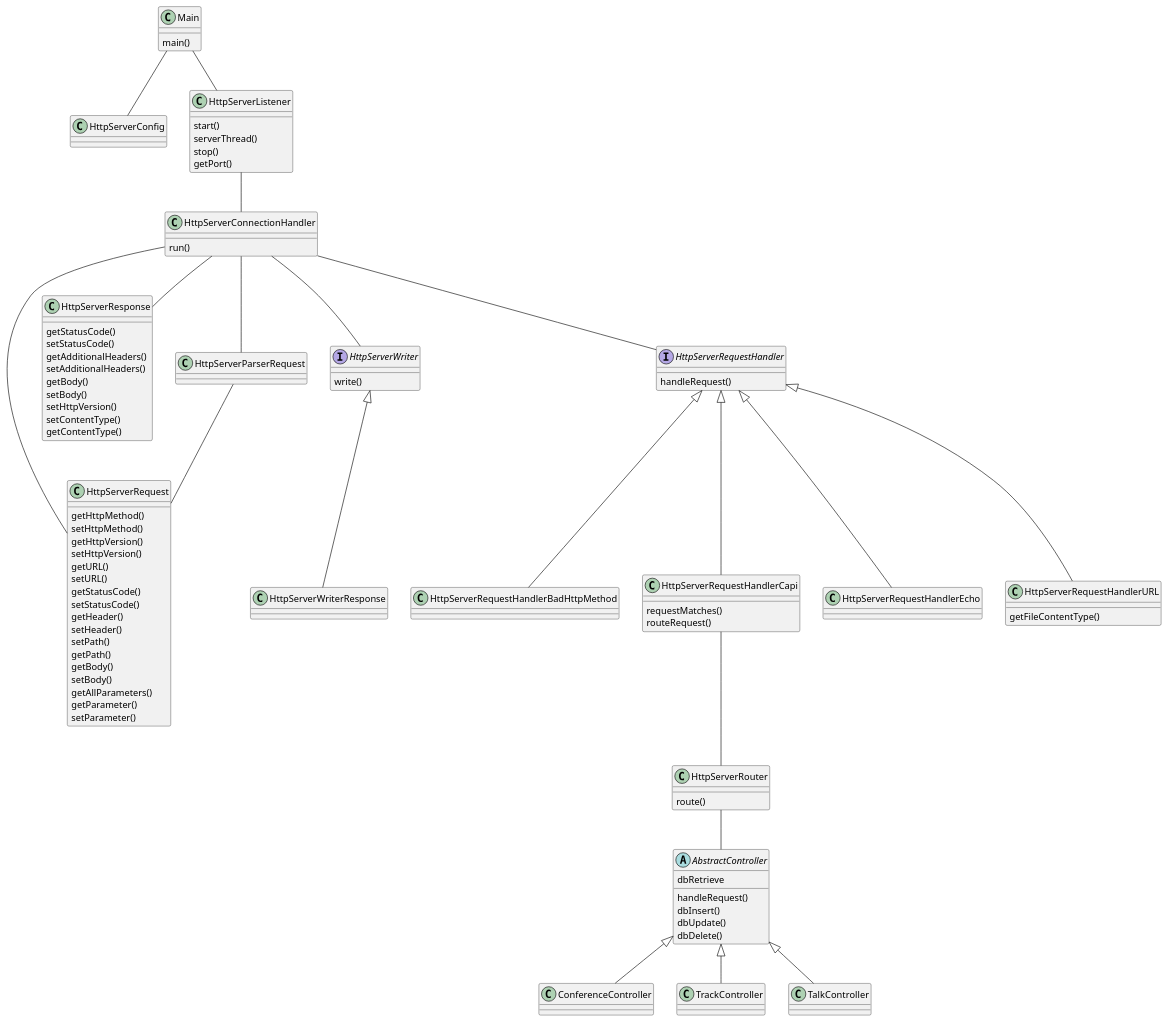
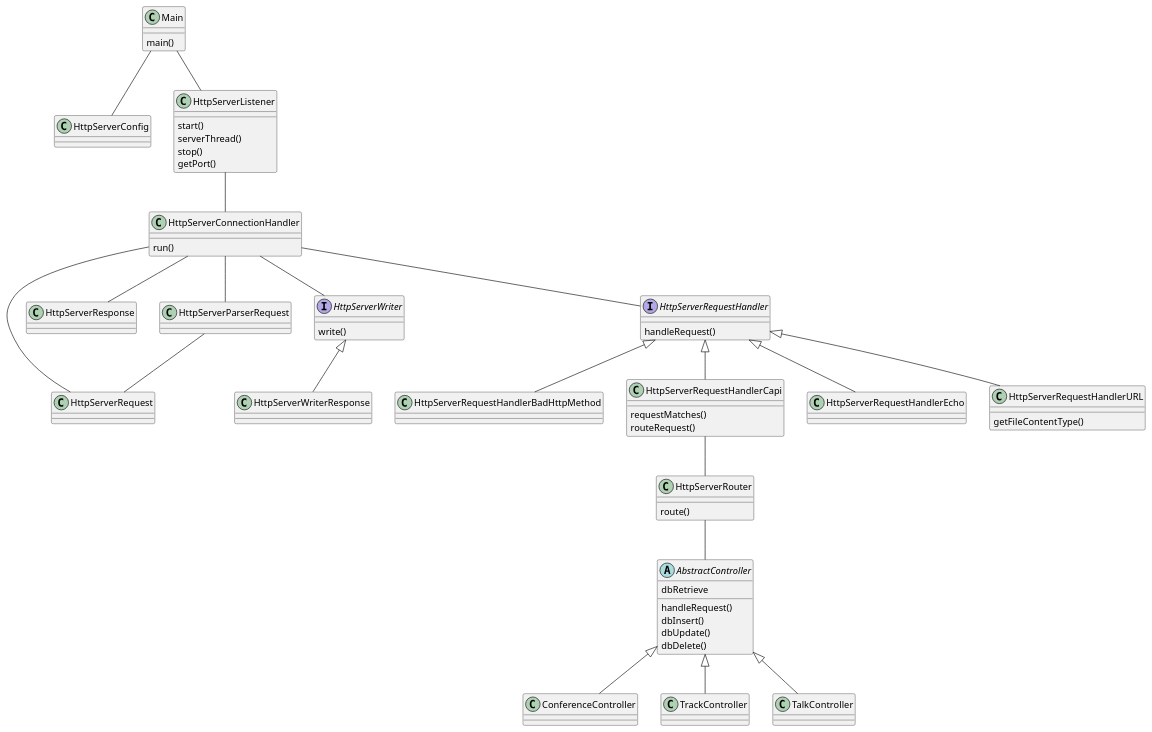
The diagram in doc/server.puml (Alacho2/pgr200-eksamen-Alacho2), drawn with PlantUML before and after one commit. The commit also changed 5 other files, not shown here.

```diff
--- a/doc/server.puml
+++ b/doc/server.puml
@@ -1,108 +1,83 @@
 @startuml
 
 abstract class AbstractController{
     handleRequest()
     dbInsert()
     dbUpdate()
     dbDelete()
     dbRetrieve
 }
 
 class ConferenceController extends AbstractController
 
 class TrackController extends AbstractController
 
 class TalkController extends AbstractController
 
 class HttpServerConfig
 
 class HttpServerRequest{
-    getHttpMethod()
-    setHttpMethod()
-    getHttpVersion()
-    setHttpVersion()
-    getURL()
-    setURL()
-    getStatusCode()
-    setStatusCode()
-    getHeader()
-    setHeader()
-    setPath()
-    getPath()
-    getBody()
-    setBody()
-    getAllParameters()
-    getParameter()
-    setParameter()
 }
 
 class HttpServerResponse{
-    getStatusCode()
-    setStatusCode()
-    getAdditionalHeaders()
-    setAdditionalHeaders()
-    getBody()
-    setBody()
-    setHttpVersion()
-    setContentType()
-    getContentType()
+
 }
 
 interface HttpServerWriter{
     write()
 }
 class HttpServerWriterResponse extends HttpServerWriter{
 }
 
 class Main{
     main()
 }
 class HttpServerRouter{
     route()
 }
 
 class HttpServerConnectionHandler{
     run()
 }
 
 class HttpServerListener{
     start()
     serverThread()
     stop()
     getPort()
 }
 
 interface HttpServerRequestHandler{
     handleRequest()
 }
 
 class HttpServerRequestHandlerBadHttpMethod extends HttpServerRequestHandler
 
 class HttpServerRequestHandlerCapi extends HttpServerRequestHandler{
     requestMatches()
     routeRequest()
 }
 
 class HttpServerRequestHandlerEcho extends HttpServerRequestHandler
 
 class HttpServerRequestHandlerURL extends HttpServerRequestHandler{
     getFileContentType()
 }
 
 Main -- HttpServerConfig
 Main -- HttpServerListener
 HttpServerRequestHandlerCapi -- HttpServerRouter
 HttpServerRouter -- AbstractController
 HttpServerListener -- HttpServerConnectionHandler
 HttpServerConnectionHandler -- HttpServerParserRequest
 HttpServerParserRequest -- HttpServerRequest
 HttpServerRequest -- HttpServerConnectionHandler
 HttpServerConnectionHandler -- HttpServerResponse
 HttpServerConnectionHandler -- HttpServerRequestHandler
 HttpServerConnectionHandler -- HttpServerWriter
 
 
 
 
 
 @enduml
```
